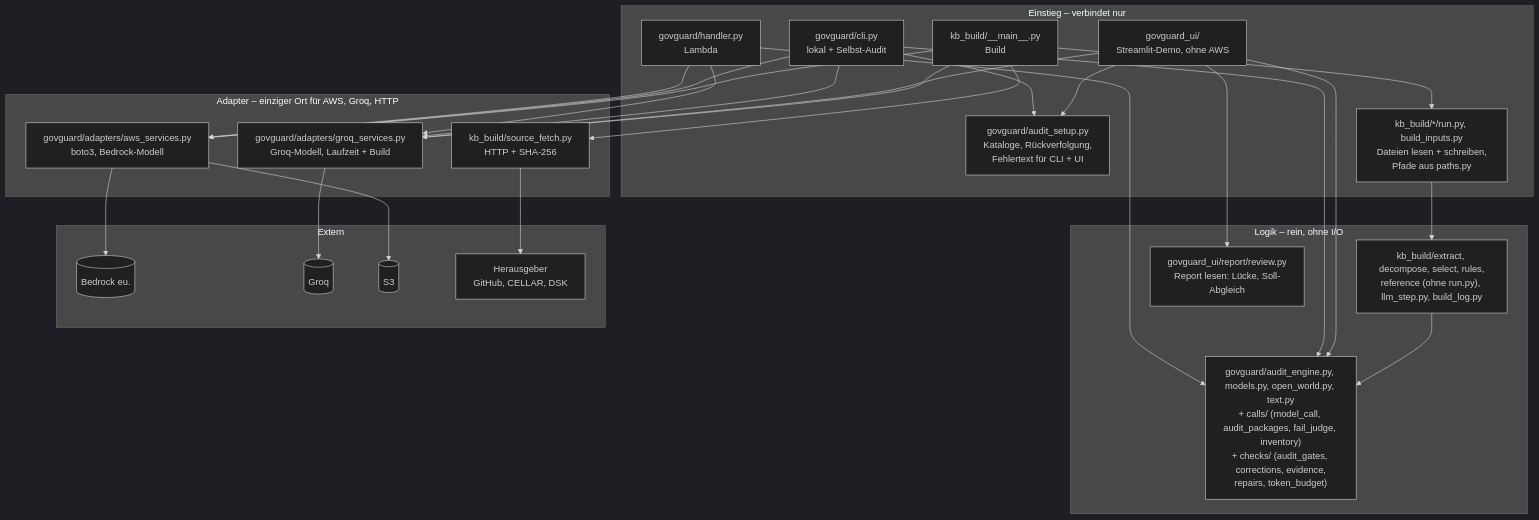
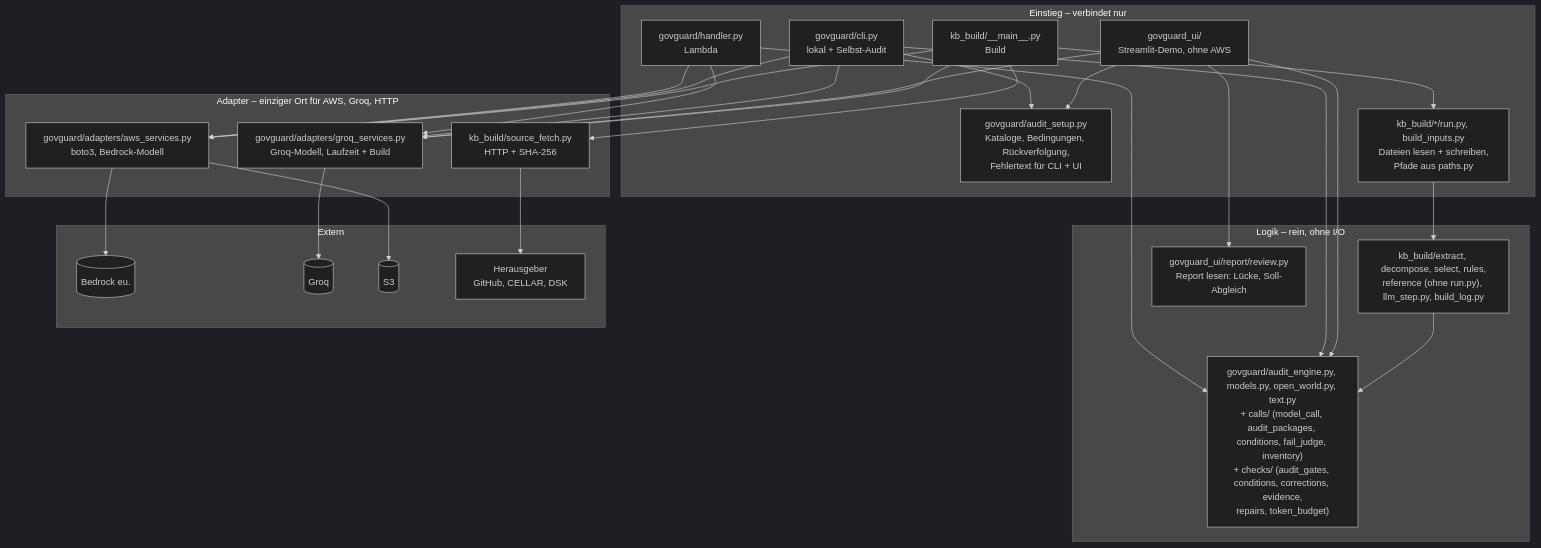
One commit to Daniel74/GovGuard changed the fourth of 4 diagrams in docs/ARCHITECTURE.md. Above: the diagram before and after it, drawn with Mermaid (dark theme). The commit also changed other lines of this file and 25 other files, not shown here.

````diff
--- a/docs/ARCHITECTURE.md
+++ b/docs/ARCHITECTURE.md
@@ -252,38 +252,38 @@
 ```mermaid
 flowchart TB
   subgraph E["Einstieg – verbindet nur"]
     H["govguard/handler.py<br/>Lambda"]
     C["govguard/cli.py<br/>lokal + Selbst-Audit"]
     U["govguard_ui/<br/>Streamlit-Demo, ohne AWS"]
-    S["govguard/audit_setup.py<br/>Kataloge, Rückverfolgung,<br/>Fehlertext für CLI + UI"]
+    S["govguard/audit_setup.py<br/>Kataloge, Bedingungen, Rückverfolgung,<br/>Fehlertext für CLI + UI"]
     M["kb_build/__main__.py<br/>Build"]
     R["kb_build/*/run.py, build_inputs.py<br/>Dateien lesen + schreiben,<br/>Pfade aus paths.py"]
   end
   subgraph L["Logik – rein, ohne I/O"]
-    AE["govguard/audit_engine.py, models.py, open_world.py, text.py<br/>+ calls/ (model_call, audit_packages, fail_judge, inventory)<br/>+ checks/ (audit_gates, corrections, evidence,<br/>repairs, token_budget)"]
+    AE["govguard/audit_engine.py, models.py, open_world.py, text.py<br/>+ calls/ (model_call, audit_packages, conditions, fail_judge, inventory)<br/>+ checks/ (audit_gates, conditions, corrections, evidence,<br/>repairs, token_budget)"]
     KB["kb_build/extract, decompose, select, rules,<br/>reference (ohne run.py), llm_step.py, build_log.py"]
     RV["govguard_ui/report/review.py<br/>Report lesen: Lücke, Soll-Abgleich"]
   end
   subgraph A["Adapter – einziger Ort für AWS, Groq, HTTP"]
     AWS["govguard/adapters/aws_services.py<br/>boto3, Bedrock-Modell"]
     GQ["govguard/adapters/groq_services.py<br/>Groq-Modell, Laufzeit + Build"]
     FE["kb_build/source_fetch.py<br/>HTTP + SHA-256"]
   end
   subgraph X["Extern"]
     B[("Bedrock eu.")]
     G[("Groq")]
     S3[("S3")]
     HG["Herausgeber<br/>GitHub, CELLAR, DSK"]
   end
   H & C & U --> AE
   H & C --> AWS
   H & C & U --> GQ
   C & U --> S
   U --> RV
   M --> R --> KB
   M --> AWS & GQ & FE
   KB --> AE
   AWS --> B & S3
   GQ --> G
   FE --> HG
 ```
````
